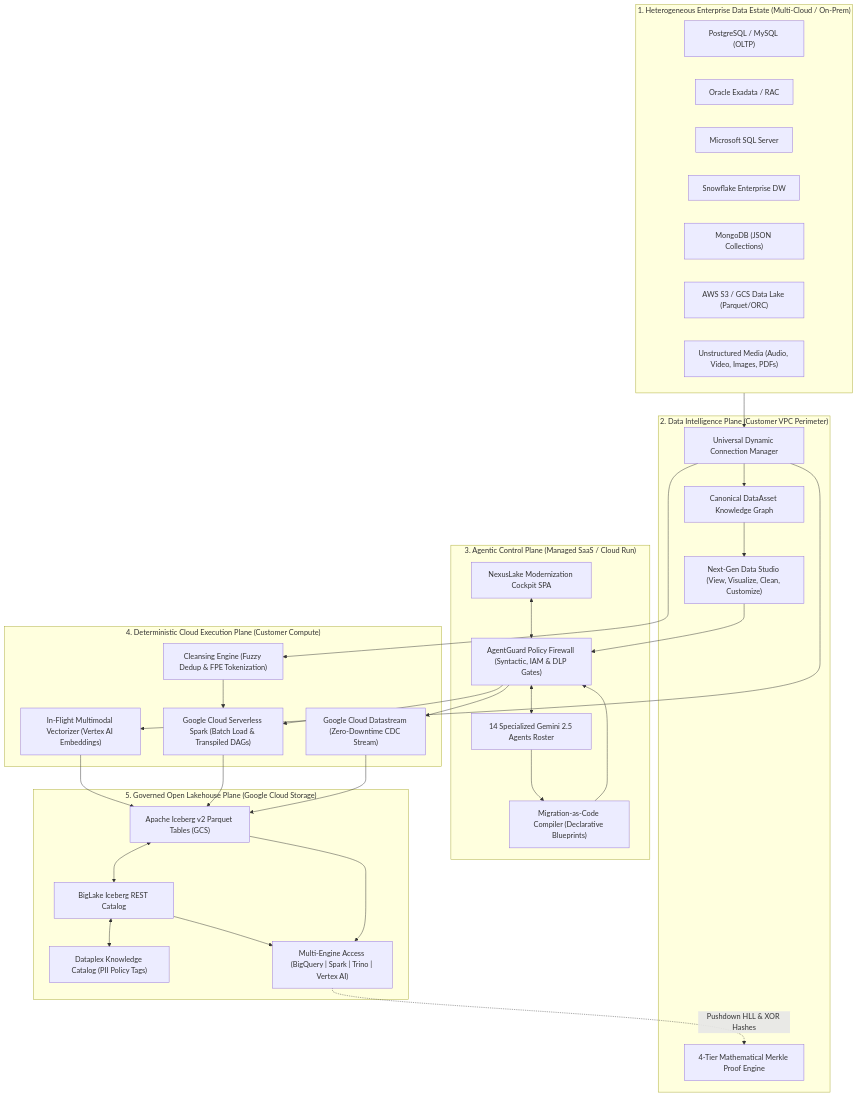
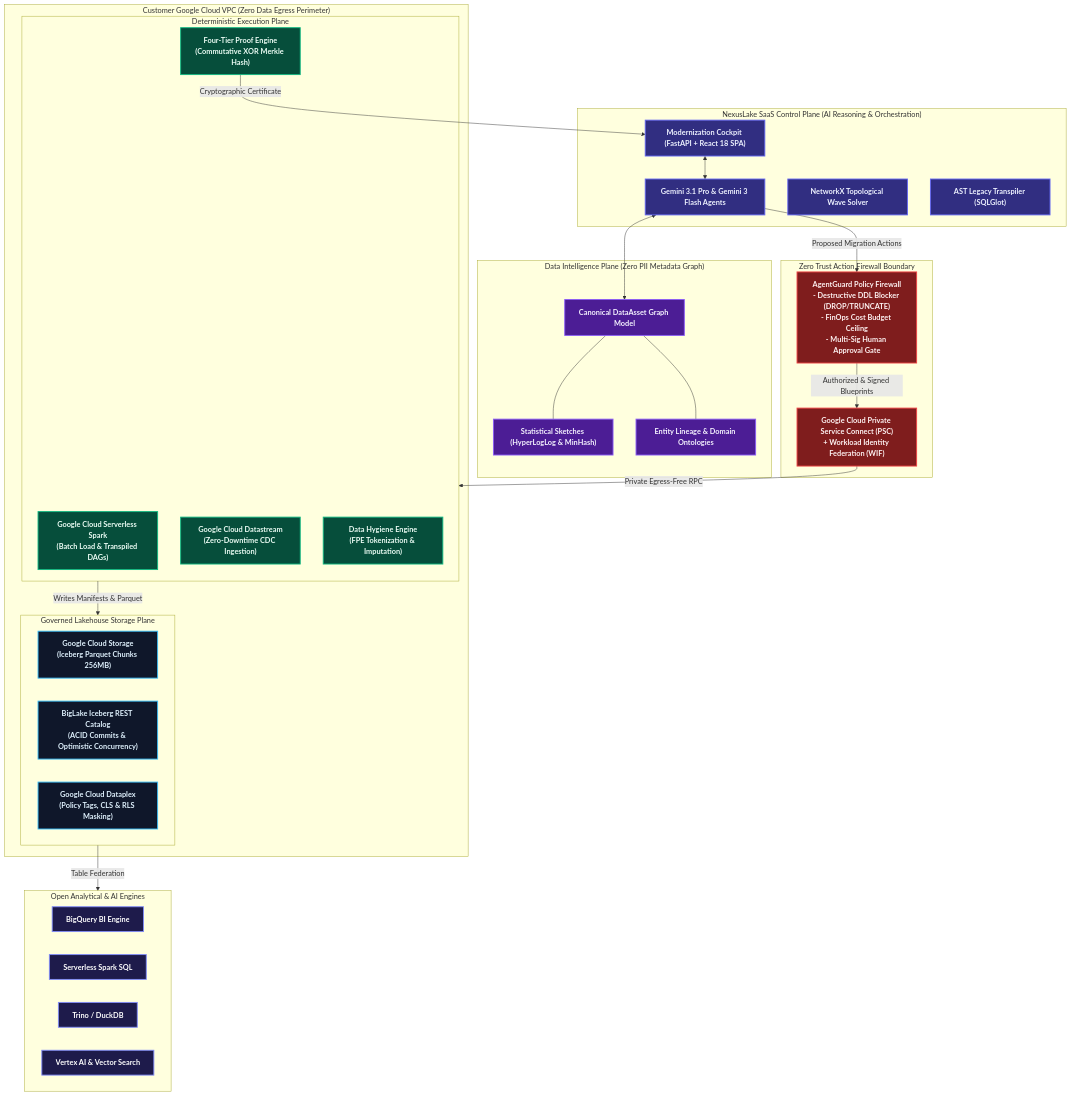
One commit to mrmohammadalamin/nexuslake-agentic-architect changed the first of 5 diagrams in MEDIUM_TUTORIAL_BLOG_POST.md. Above: the diagram before and after it, drawn with Mermaid. The commit also changed other lines of this file and 5 other files, not shown here.

Commit message:
docs: update README, Medium blog post, and architecture docs to latest Gemini 3 models

````diff
--- a/MEDIUM_TUTORIAL_BLOG_POST.md
+++ b/MEDIUM_TUTORIAL_BLOG_POST.md
@@ -47,64 +95,63 @@
 ```mermaid
-flowchart TD
-    subgraph EnterpriseSources["1. Heterogeneous Enterprise Data Estate (Multi-Cloud / On-Prem)"]
-        PG["PostgreSQL / MySQL (OLTP)"]
-        ORA["Oracle Exadata / RAC"]
-        MSSQL["Microsoft SQL Server"]
-        SNOW["Snowflake Enterprise DW"]
-        MONGO["MongoDB (JSON Collections)"]
-        S3["AWS S3 / GCS Data Lake (Parquet/ORC)"]
-        MEDIA["Unstructured Media (Audio, Video, Images, PDFs)"]
+flowchart TB
+    classDef cControl fill:#312E81,stroke:#6366F1,stroke-width:2px,color:#EEF2FF,font-weight:bold;
+    classDef cIntel fill:#4C1D95,stroke:#8B5CF6,stroke-width:2px,color:#F5F3FF,font-weight:bold;
+    classDef cFirewall fill:#7F1D1D,stroke:#EF4444,stroke-width:2px,color:#FEF2F2,font-weight:bold;
+    classDef cExec fill:#064E3B,stroke:#10B981,stroke-width:2px,color:#ECFDF5,font-weight:bold;
+    classDef cStorage fill:#0F172A,stroke:#38BDF8,stroke-width:2px,color:#E0F2FE,font-weight:bold;
+    classDef cEngine fill:#1E1B4B,stroke:#818CF8,stroke-width:2px,color:#FFFFFF,font-weight:bold;
+
+    subgraph SaaS_CP["NexusLake SaaS Control Plane (AI Reasoning & Orchestration)"]
+        GEMINI["Gemini 3.1 Pro & Gemini 3 Flash Agents"]:::cControl
+        WAVE["NetworkX Topological Wave Solver"]:::cControl
+        TRANSPILER["AST Legacy Transpiler (SQLGlot)"]:::cControl
+        COCKPIT["Modernization Cockpit (FastAPI + React 18 SPA)"]:::cControl
     end
 
-    subgraph IntelligencePlane["2. Data Intelligence Plane (Customer VPC Perimeter)"]
-        CONN["Universal Dynamic Connection Manager"]
-        GRAPH["Canonical DataAsset Knowledge Graph"]
-        STUDIO["Next-Gen Data Studio (View, Visualize, Clean, Customize)"]
-        PROOF["4-Tier Mathematical Merkle Proof Engine"]
+    subgraph IntelPlane["Data Intelligence Plane (Zero PII Metadata Graph)"]
+        DATAASSET["Canonical DataAsset Graph Model"]:::cIntel
+        SKETCH["Statistical Sketches (HyperLogLog & MinHash)"]:::cIntel
+        LINEAGE["Entity Lineage & Domain Ontologies"]:::cIntel
     end
 
-    subgraph ControlPlane["3. Agentic Control Plane (Managed SaaS / Cloud Run)"]
-        UI["NexusLake Modernization Cockpit SPA"]
-        GUARD["AgentGuard Policy Firewall (Syntactic, IAM & DLP Gates)"]
-        AGENTS["14 Specialized Gemini 2.5 Agents Roster"]
-        MAC["Migration-as-Code Compiler (Declarative Blueprints)"]
+    subgraph SecurityBoundary["Zero Trust Action Firewall Boundary"]
+        GUARD["AgentGuard Policy Firewall<br/>- Destructive DDL Blocker (DROP/TRUNCATE)<br/>- FinOps Cost Budget Ceiling<br/>- Multi-Sig Human Approval Gate"]:::cFirewall
+        PSC["Google Cloud Private Service Connect (PSC)<br/>+ Workload Identity Federation (WIF)"]:::cFirewall
     end
 
-    subgraph ExecutionPlane["4. Deterministic Cloud Execution Plane (Customer Compute)"]
-        SPARK["Google Cloud Serverless Spark (Batch Load & Transpiled DAGs)"]
-        STREAM["Google Cloud Datastream (Zero-Downtime CDC Stream)"]
-        VEC["In-Flight Multimodal Vectorizer (Vertex AI Embeddings)"]
-        CLEANSE["Cleansing Engine (Fuzzy Dedup & FPE Tokenization)"]
+    subgraph Customer_VPC["Customer Google Cloud VPC (Zero Data Egress Perimeter)"]
+        subgraph ExecPlane["Deterministic Execution Plane"]
+            SPARK["Google Cloud Serverless Spark<br/>(Batch Load & Transpiled DAGs)"]:::cExec
+            STREAM["Google Cloud Datastream<br/>(Zero-Downtime CDC Ingestion)"]:::cExec
+            CLEANSER["Data Hygiene Engine<br/>(FPE Tokenization & Imputation)"]:::cExec
+            PROOF_ENG["Four-Tier Proof Engine<br/>(Commutative XOR Merkle Hash)"]:::cExec
+        end
+
+        subgraph LakehousePlane["Governed Lakehouse Storage Plane"]
+            GCS["Google Cloud Storage<br/>(Iceberg Parquet Chunks 256MB)"]:::cStorage
+            REST_CAT["BigLake Iceberg REST Catalog<br/>(ACID Commits & Optimistic Concurrency)"]:::cStorage
+            DATAPLEX["Google Cloud Dataplex<br/>(Policy Tags, CLS & RLS Masking)"]:::cStorage
+        end
     end
 
-    subgraph GovernedLakehouse["5. Governed Open Lakehouse Plane (Google Cloud Storage)"]
-        GCS["Apache Iceberg v2 Parquet Tables (GCS)"]
-        REST["BigLake Iceberg REST Catalog"]
-        DATAPLEX["Dataplex Knowledge Catalog (PII Policy Tags)"]
-        ENGINES["Multi-Engine Access (BigQuery | Spark | Trino | Vertex AI)"]
+    subgraph ConsumptionLayer["Open Analytical & AI Engines"]
+        BQ["BigQuery BI Engine"]:::cEngine
+        SPARK_QUERY["Serverless Spark SQL"]:::cEngine
+        TRINO["Trino / DuckDB"]:::cEngine
+        VERTEX["Vertex AI & Vector Search"]:::cEngine
     end
 
-    EnterpriseSources --> CONN
-    CONN --> GRAPH
-    GRAPH --> STUDIO
-    STUDIO --> GUARD
-    UI <--> GUARD
-    GUARD <--> AGENTS
-    AGENTS --> MAC
-    MAC --> GUARD
-    GUARD --> SPARK
-    GUARD --> STREAM
+    COCKPIT <--> GEMINI
+    GEMINI <--> DATAASSET
+    DATAASSET --- SKETCH
+    DATAASSET --- LINEAGE
 
-    CONN --> CLEANSE
-    CLEANSE --> SPARK
-    CONN --> VEC
-    VEC --> GCS
-    SPARK --> GCS
-    STREAM --> GCS
+    GEMINI -->|Proposed Migration Actions| GUARD
+    GUARD -->|Authorized & Signed Blueprints| PSC
+    PSC -->|Private Egress-Free RPC| ExecPlane
 
-    GCS <--> REST
-    REST <--> DATAPLEX
-    REST --> ENGINES
-    GCS --> ENGINES
-    ENGINES -.->|Pushdown HLL & XOR Hashes| PROOF
+    ExecPlane -->|Writes Manifests & Parquet| LakehousePlane
+    LakehousePlane -->|Table Federation| ConsumptionLayer
+
+    PROOF_ENG -->|Cryptographic Certificate| COCKPIT
 ```
````
